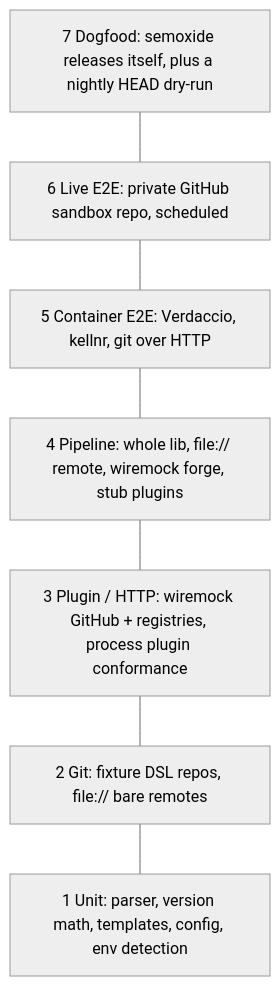
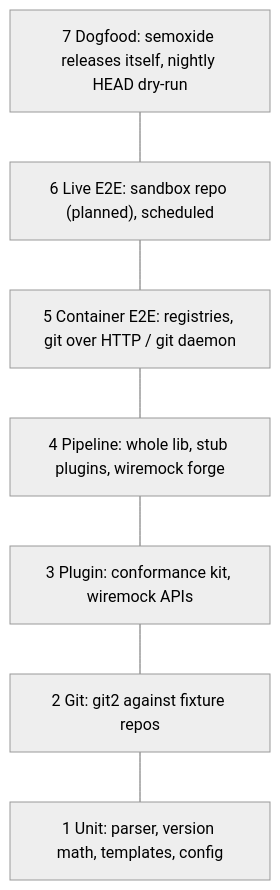
One commit to semoxide/semoxide changed the diagram in docs/TESTING.md. Above: the diagram before and after it, drawn with Mermaid (neutral theme). The commit also changed other lines of this file and 5 other files, not shown here.

````diff
--- a/docs/TESTING.md
+++ b/docs/TESTING.md
@@ -7,11 +17,11 @@
 ```mermaid
 flowchart TB
-    L7["7 Dogfood: semoxide releases itself, plus a nightly HEAD dry-run"]
-    L6["6 Live E2E: private GitHub sandbox repo, scheduled"]
-    L5["5 Container E2E: Verdaccio, kellnr, git over HTTP"]
-    L4["4 Pipeline: whole lib, file:// remote, wiremock forge, stub plugins"]
-    L3["3 Plugin / HTTP: wiremock GitHub + registries, process plugin conformance"]
-    L2["2 Git: fixture DSL repos, file:// bare remotes"]
-    L1["1 Unit: parser, version math, templates, config, env detection"]
+    L7["7 Dogfood: semoxide releases itself, nightly HEAD dry-run"]
+    L6["6 Live E2E: sandbox repo (planned), scheduled"]
+    L5["5 Container E2E: registries, git over HTTP / git daemon"]
+    L4["4 Pipeline: whole lib, stub plugins, wiremock forge"]
+    L3["3 Plugin: conformance kit, wiremock APIs"]
+    L2["2 Git: git2 against fixture repos"]
+    L1["1 Unit: parser, version math, templates, config"]
     L7 --- L6 --- L5 --- L4 --- L3 --- L2 --- L1
 ```
````
